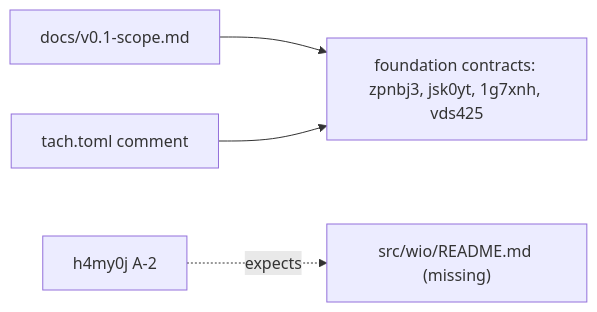
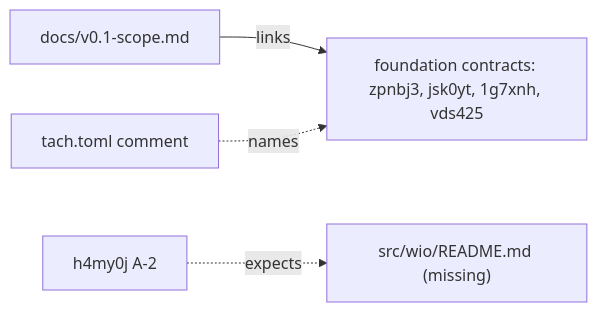
One commit to msitarz/wio changed the first of 2 diagrams in .agents/wio/works/promote-architecture/README.md. Above: the diagram before and after it, drawn with Mermaid. The commit also changed other lines of this file, not shown here.

First line of the commit message:
docs: address the first contract review of promote-architecture

````diff
--- a/.agents/wio/works/promote-architecture/README.md
+++ b/.agents/wio/works/promote-architecture/README.md
@@ -100,6 +106,6 @@
 ```mermaid
 flowchart LR
-    scope["docs/v0.1-scope.md"] --> found["foundation contracts: zpnbj3, jsk0yt, 1g7xnh, vds425"]
-    tach["tach.toml comment"] --> found
+    scope["docs/v0.1-scope.md"] -- "links" --> found["foundation contracts: zpnbj3, jsk0yt, 1g7xnh, vds425"]
+    tach["tach.toml comment"] -. "names" .-> found
     errors["h4my0j A-2"] -. "expects" .-> readme["src/wio/README.md (missing)"]
 ```
````
